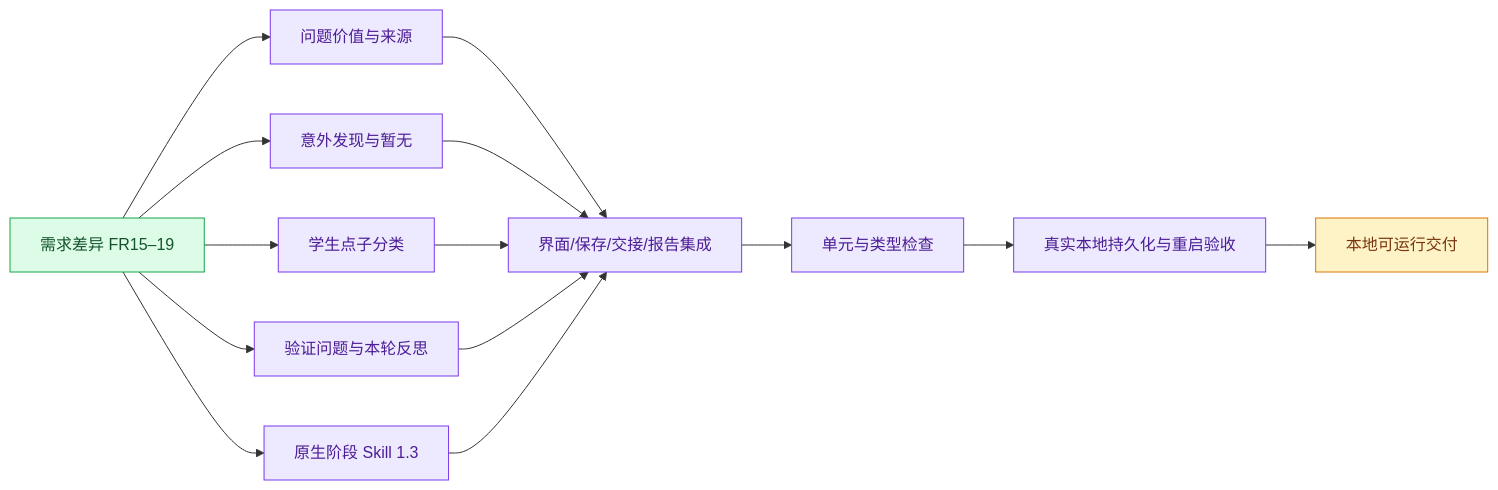
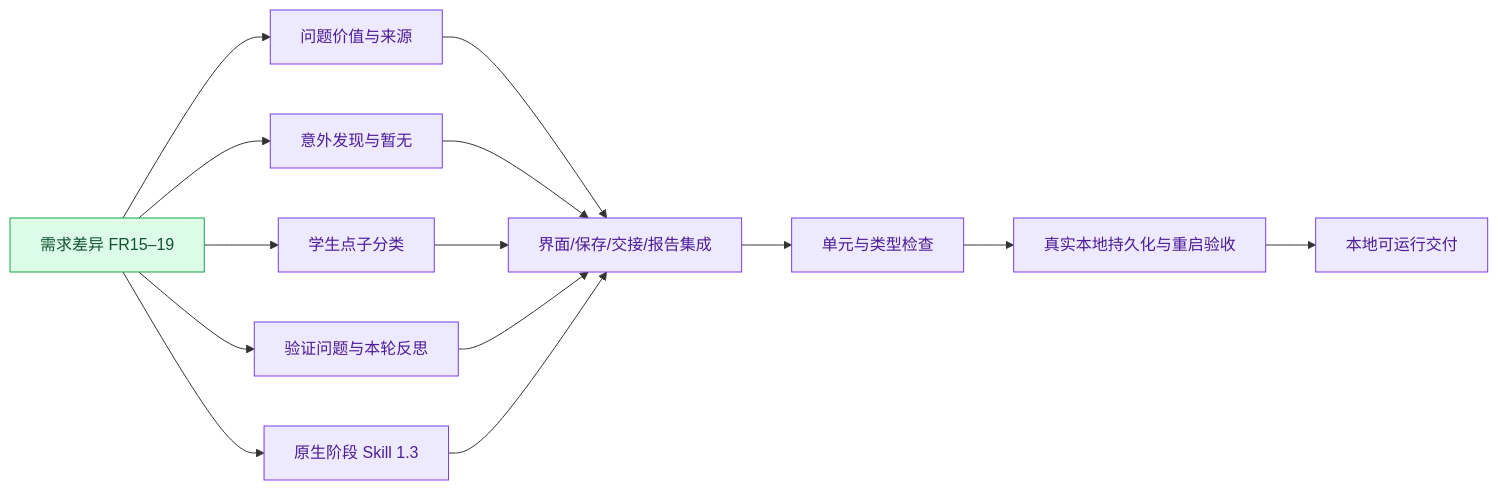
Before and after one commit to boardx/workspacex: the diagram in docs/evidence/aidt-native/module-isolation/v2/execution.plan.md, drawn with Mermaid. The commit also changed 1 other file, not shown here.

Commit message:
docs(aidt): record local V2 archive delivery

````diff
--- a/docs/evidence/aidt-native/module-isolation/v2/execution.plan.md
+++ b/docs/evidence/aidt-native/module-isolation/v2/execution.plan.md
@@ -5,25 +5,25 @@
 ```mermaid
 flowchart LR
  R[需求差异 FR15–19] --> P[问题价值与来源]
  R --> S[意外发现与暂无]
  R --> I[学生点子分类]
  R --> V[验证问题与本轮反思]
  R --> K[原生阶段 Skill 1.3]
  P --> J[界面/保存/交接/报告集成]
  S --> J
  I --> J
  V --> J
  K --> J
  J --> T[单元与类型检查]
  T --> E[真实本地持久化与重启验收]
  E --> D[本地可运行交付]
  classDef done fill:#dcfce7,stroke:#16a34a,color:#14532d
  classDef active fill:#fef3c7,stroke:#d97706,color:#78350f
  classDef tested fill:#ede9fe,stroke:#7c3aed,color:#4c1d95
  classDef pending fill:#f3f4f6,stroke:#9ca3af,color:#374151
  class R done
  class P,S,I,V,K tested
  class J,T tested
  class E tested
- class D active
+ class D tested
 ```
````
